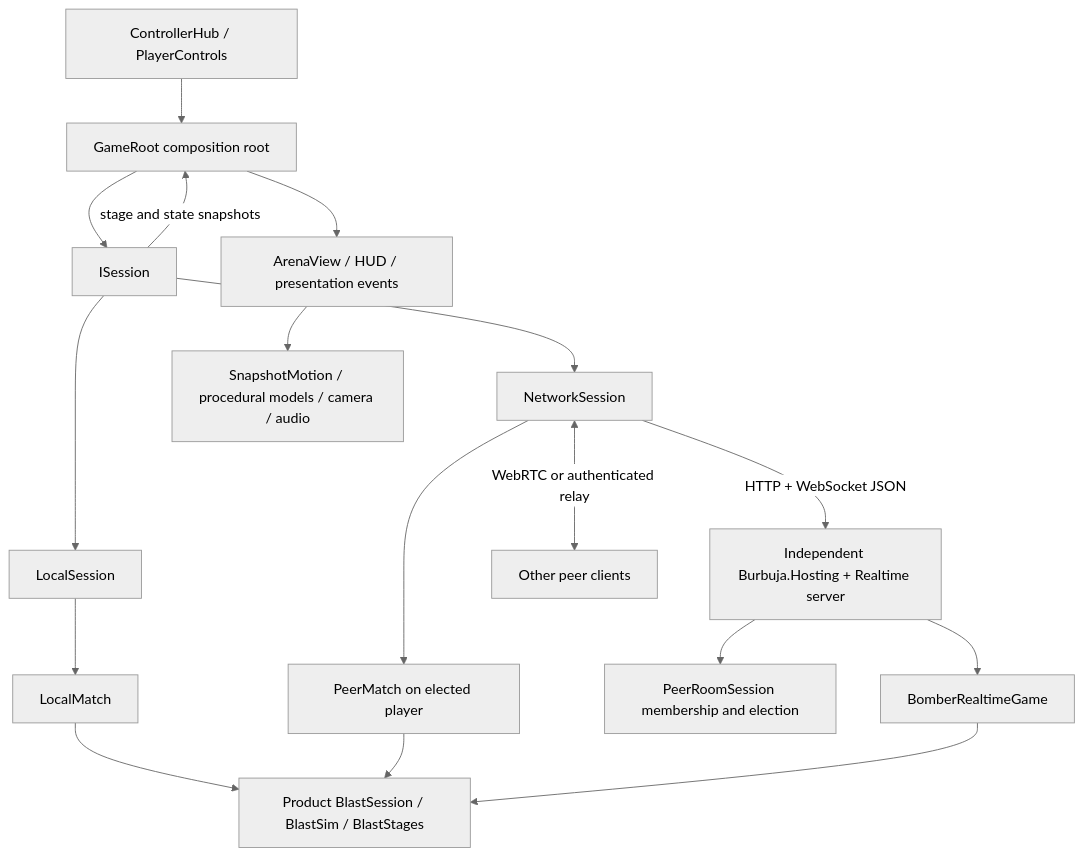
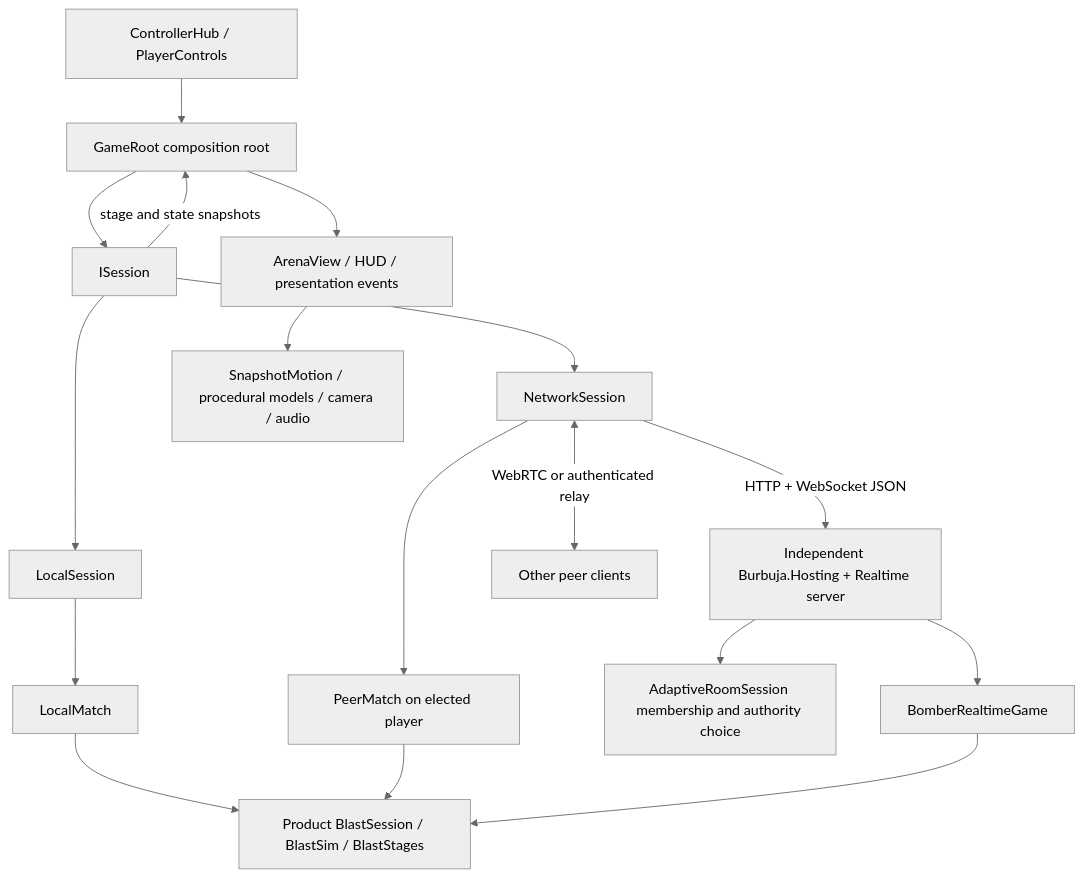
Before and after one commit to MCMike0399/bomberman-64-multiplayer: the diagram in docs/architecture.md, drawn with Mermaid (neutral theme). The commit also changed other lines of this file and 37 other files, not shown here.

````diff
--- a/docs/architecture.md
+++ b/docs/architecture.md
@@ -9,19 +9,19 @@
 ```mermaid
 flowchart TD
     Controls[ControllerHub / PlayerControls] --> Root[GameRoot composition root]
     Root --> Session[ISession]
     Session --> Local[LocalSession]
     Session --> Network[NetworkSession]
     Local --> Facade[LocalMatch]
     Facade --> Rules[Product BlastSession / BlastSim / BlastStages]
     Network -->|HTTP + WebSocket JSON| Kernel[Independent Burbuja.Hosting + Realtime server]
     Network --> Peer[PeerMatch on elected player]
     Peer --> Rules
-    Kernel --> Broker[PeerRoomSession membership and election]
+    Kernel --> Broker[AdaptiveRoomSession membership and authority choice]
     Network <-->|WebRTC or authenticated relay| OtherPeers[Other peer clients]
     Kernel --> Registration[BomberRealtimeGame]
     Registration --> Rules
     Session -->|stage and state snapshots| Root
     Root --> View[ArenaView / HUD / presentation events]
     View --> Motion[SnapshotMotion / procedural models / camera / audio]
 ```
````
